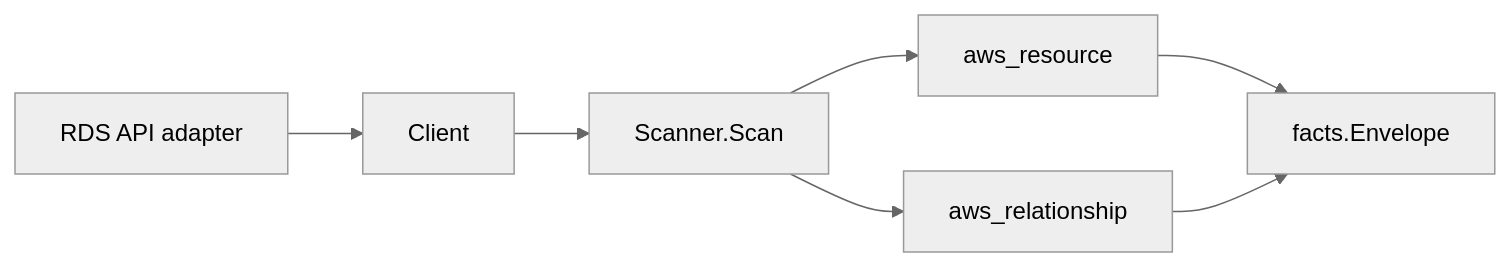
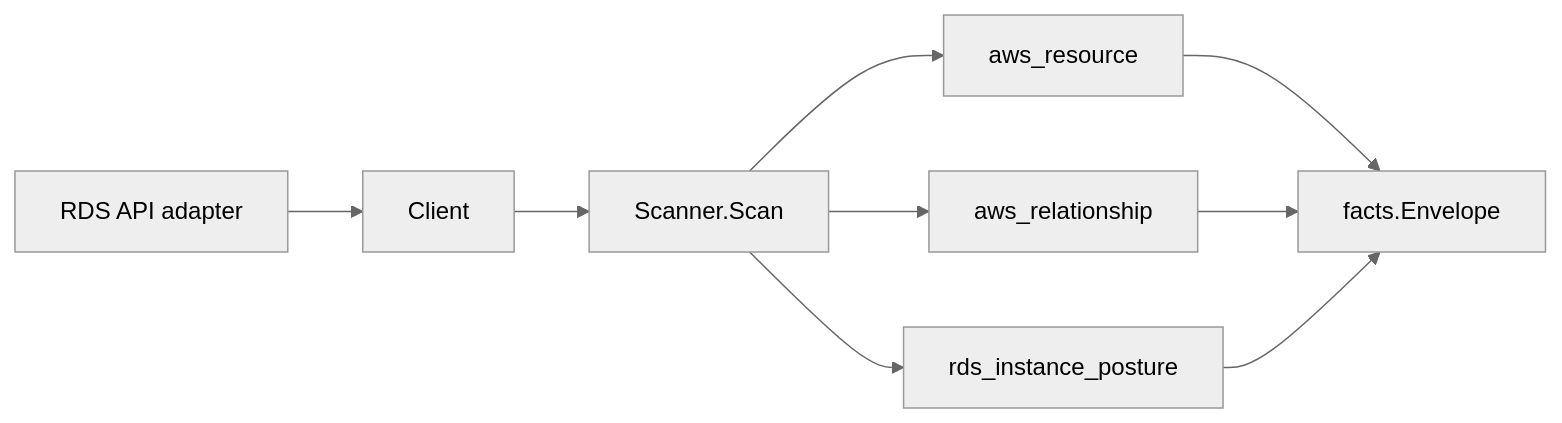
The diagram in go/internal/collector/awscloud/services/rds/README.md (eshu-hq/eshu), drawn with Mermaid (neutral theme) before and after one commit. The commit also changed other lines of this file and 16 other files, not shown here.

````diff
--- a/go/internal/collector/awscloud/services/rds/README.md
+++ b/go/internal/collector/awscloud/services/rds/README.md
@@ -18,9 +28,11 @@
 ```mermaid
 flowchart LR
   A["RDS API adapter"] --> B["Client"]
   B --> C["Scanner.Scan"]
   C --> D["aws_resource"]
   C --> E["aws_relationship"]
+  C --> G["rds_instance_posture"]
   D --> F["facts.Envelope"]
   E --> F
+  G --> F
 ```
````
